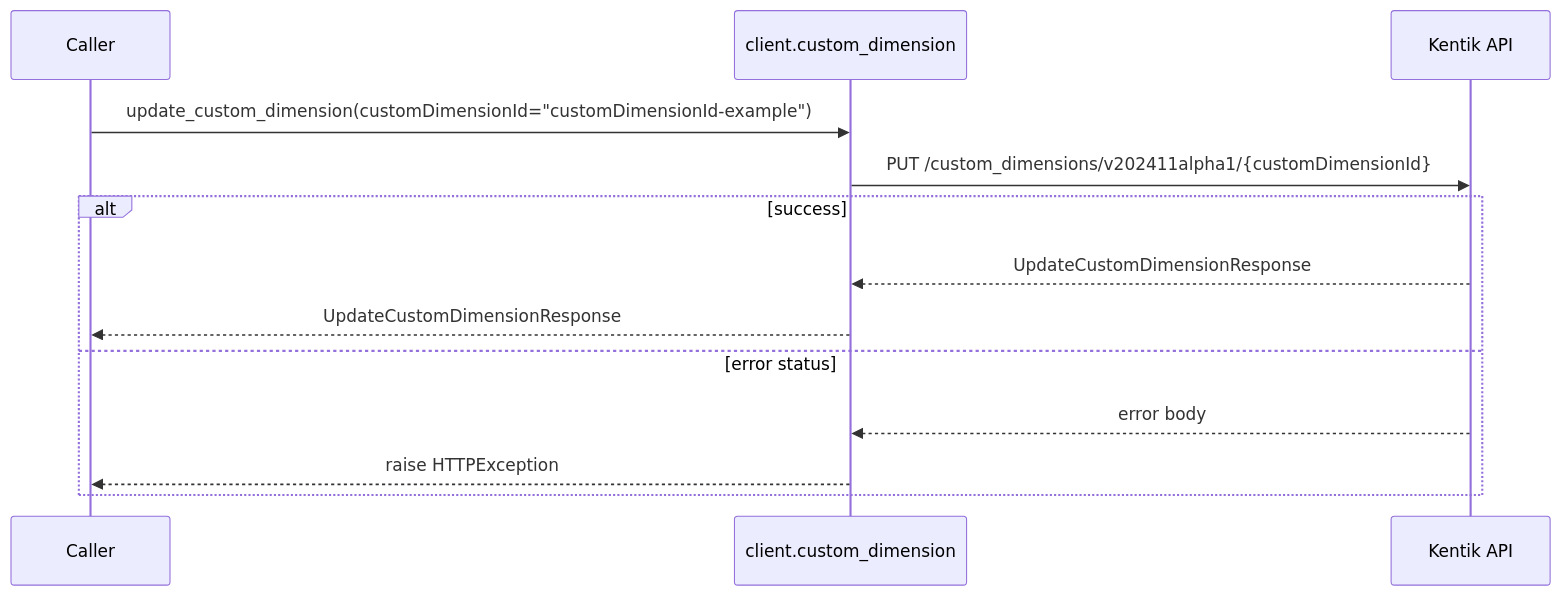
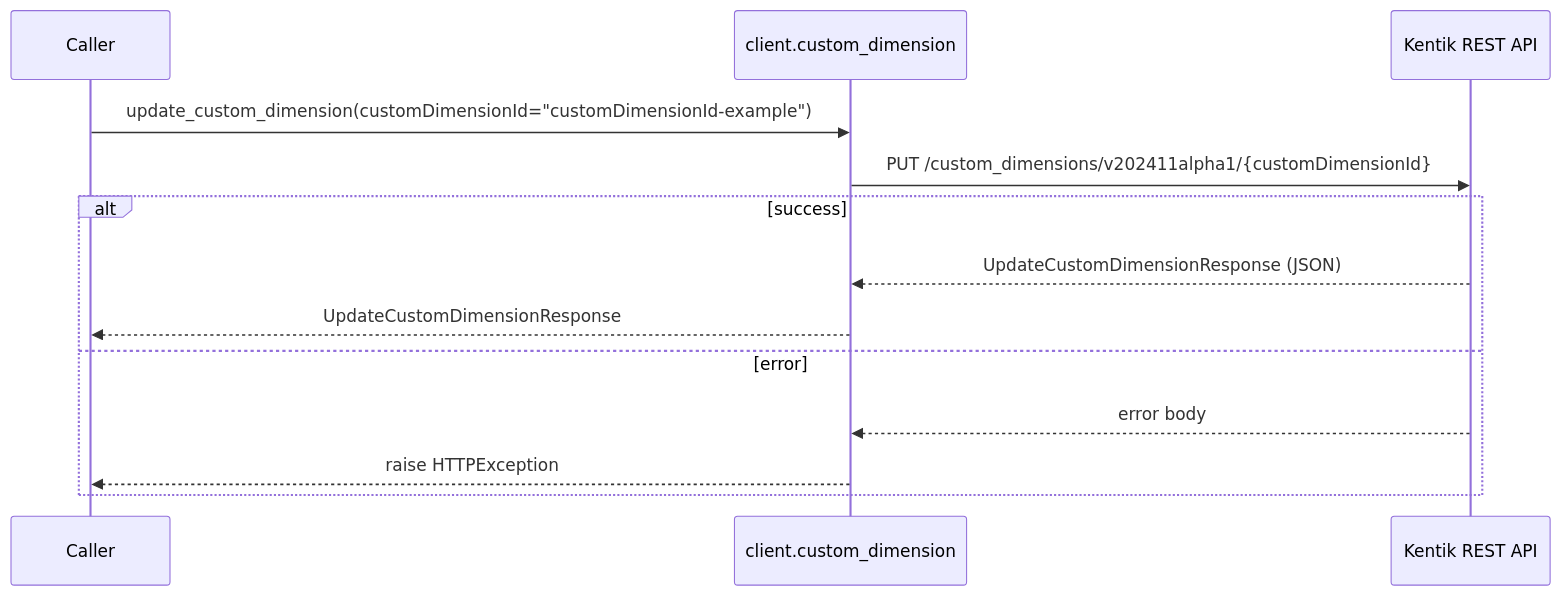
The sixth of 22 diagrams in docs/sphinx/services/custom_dimension.md (alexdearaujo/community_sdk_python), drawn with Mermaid before and after one commit. The commit also changed other lines of this file and 61 other files, not shown here.

````diff
--- a/docs/sphinx/services/custom_dimension.md
+++ b/docs/sphinx/services/custom_dimension.md
@@ -125,16 +177,16 @@
 ```mermaid
 sequenceDiagram
     participant C as Caller
     participant W as client.custom_dimension
-    participant API as Kentik API
+    participant API as Kentik REST API
 
     C->>W: update_custom_dimension(customDimensionId="customDimensionId-example")
     W->>API: PUT /custom_dimensions/v202411alpha1/{customDimensionId}
     alt success
-        API-->>W: UpdateCustomDimensionResponse
+        API-->>W: UpdateCustomDimensionResponse (JSON)
         W-->>C: UpdateCustomDimensionResponse
-    else error status
+    else error
         API-->>W: error body
         W-->>C: raise HTTPException
     end
 ```
````
